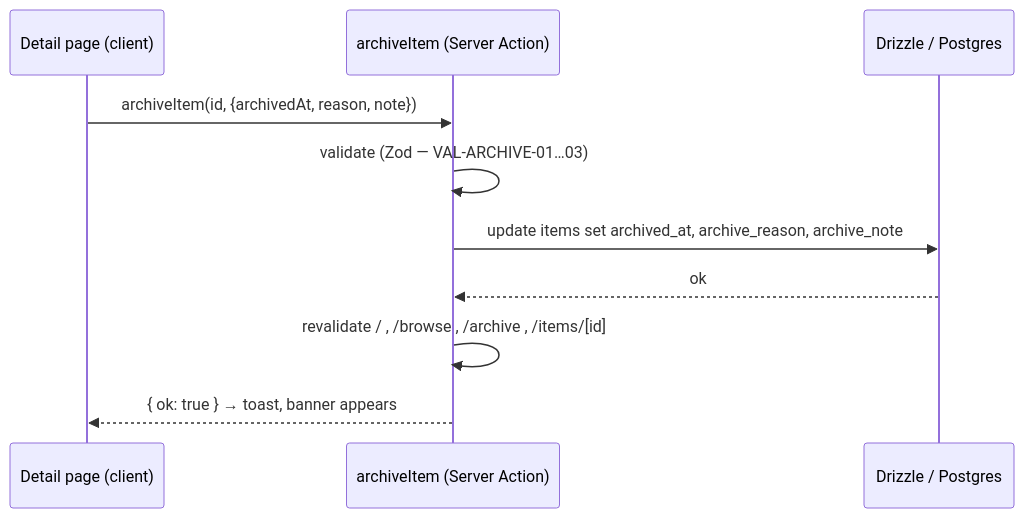
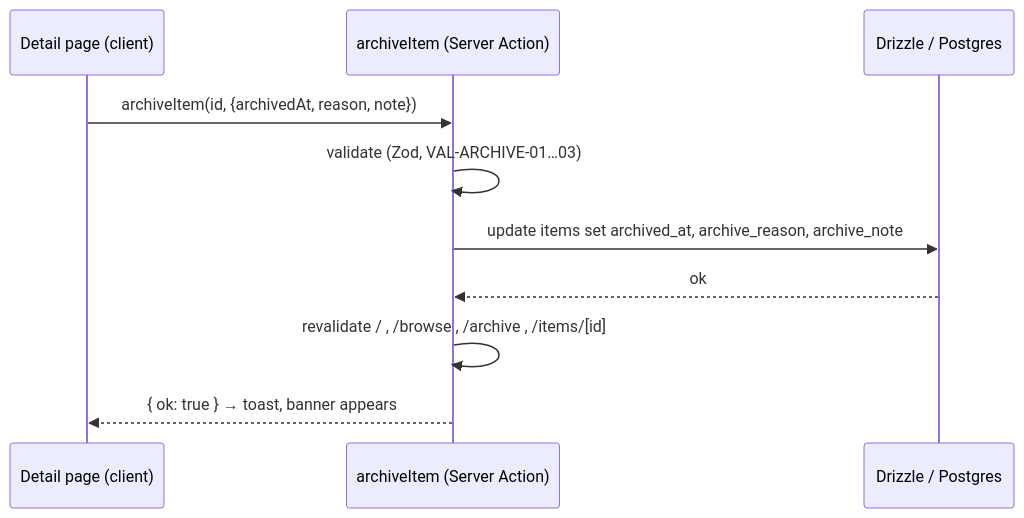
The diagram in specs/archive/20-interface-spec.md (nnworkspace/sil), drawn with Mermaid before and after one commit. The commit also changed other lines of this file and 246 other files, not shown here.

````diff
--- a/specs/archive/20-interface-spec.md
+++ b/specs/archive/20-interface-spec.md
@@ -94,12 +94,12 @@
 ```mermaid
 sequenceDiagram
     participant B as Detail page (client)
     participant A as archiveItem (Server Action)
     participant D as Drizzle / Postgres
     B->>A: archiveItem(id, {archivedAt, reason, note})
-    A->>A: validate (Zod — VAL-ARCHIVE-01…03)
+    A->>A: validate (Zod, VAL-ARCHIVE-01…03)
     A->>D: update items set archived_at, archive_reason, archive_note
     D-->>A: ok
     A->>A: revalidate / , /browse , /archive , /items/[id]
     A-->>B: { ok: true } → toast, banner appears
 ```
````
